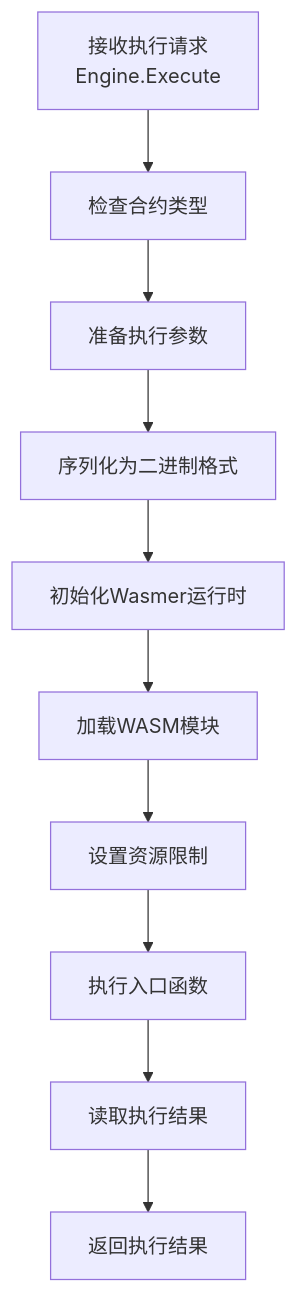
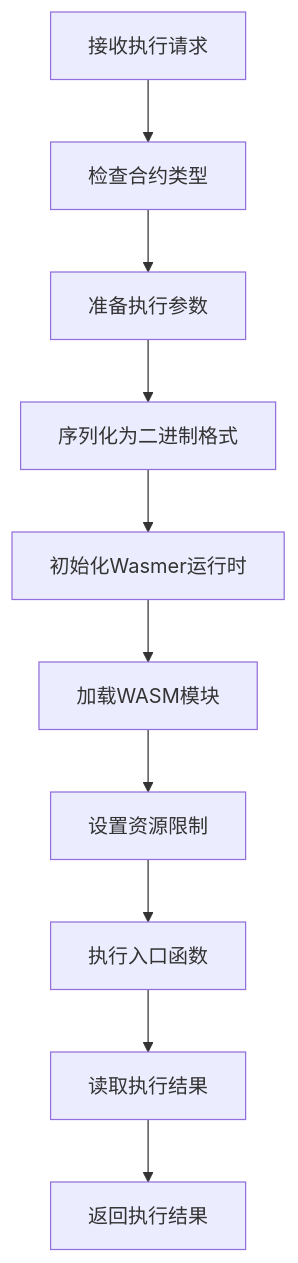
The second of 3 diagrams in docs/vm_architecture.md (govm-net/vm), drawn with Mermaid before and after one commit. The commit also changed other lines of this file and 1 other file, not shown here.

````diff
--- a/docs/vm_architecture.md
+++ b/docs/vm_architecture.md
@@ -247,12 +242,12 @@
 ```mermaid
 flowchart TD
-    A[接收执行请求\nEngine.Execute] --> B[检查合约类型]
+    A[接收执行请求] --> B[检查合约类型]
     B --> C[准备执行参数]
     C --> D[序列化为二进制格式]
     D --> E[初始化Wasmer运行时]
     E --> F[加载WASM模块]
     F --> G[设置资源限制]
     G --> H[执行入口函数]
     H --> I[读取执行结果]
     I --> J[返回执行结果]
 ```
````
